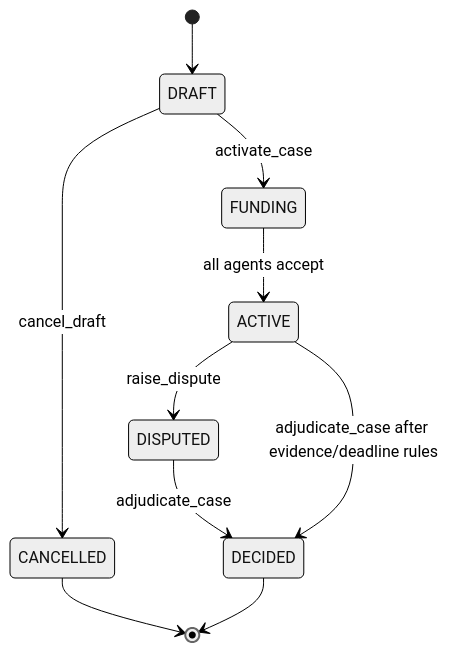
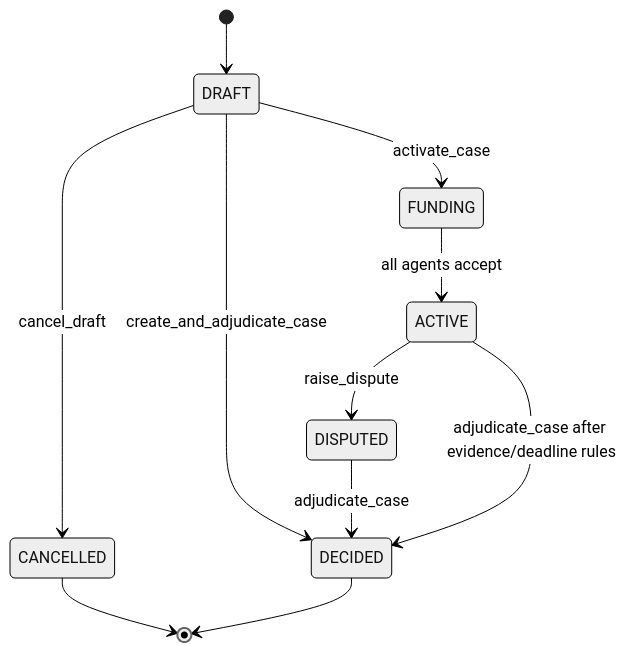
One commit to tanphung/agent-liability changed the second of 2 diagrams in README.md. Above: the diagram before and after it, drawn with Mermaid (neutral theme). The commit also changed other lines of this file and 8 other files, not shown here.

````diff
--- a/README.md
+++ b/README.md
@@ -94,12 +91,13 @@
 ```mermaid
 stateDiagram-v2
   [*] --> DRAFT
   DRAFT --> FUNDING: activate_case
   DRAFT --> CANCELLED: cancel_draft
+  DRAFT --> DECIDED: create_and_adjudicate_case
   FUNDING --> ACTIVE: all agents accept
   ACTIVE --> DISPUTED: raise_dispute
   DISPUTED --> DECIDED: adjudicate_case
   ACTIVE --> DECIDED: adjudicate_case after evidence/deadline rules
   CANCELLED --> [*]
   DECIDED --> [*]
 ```
````
